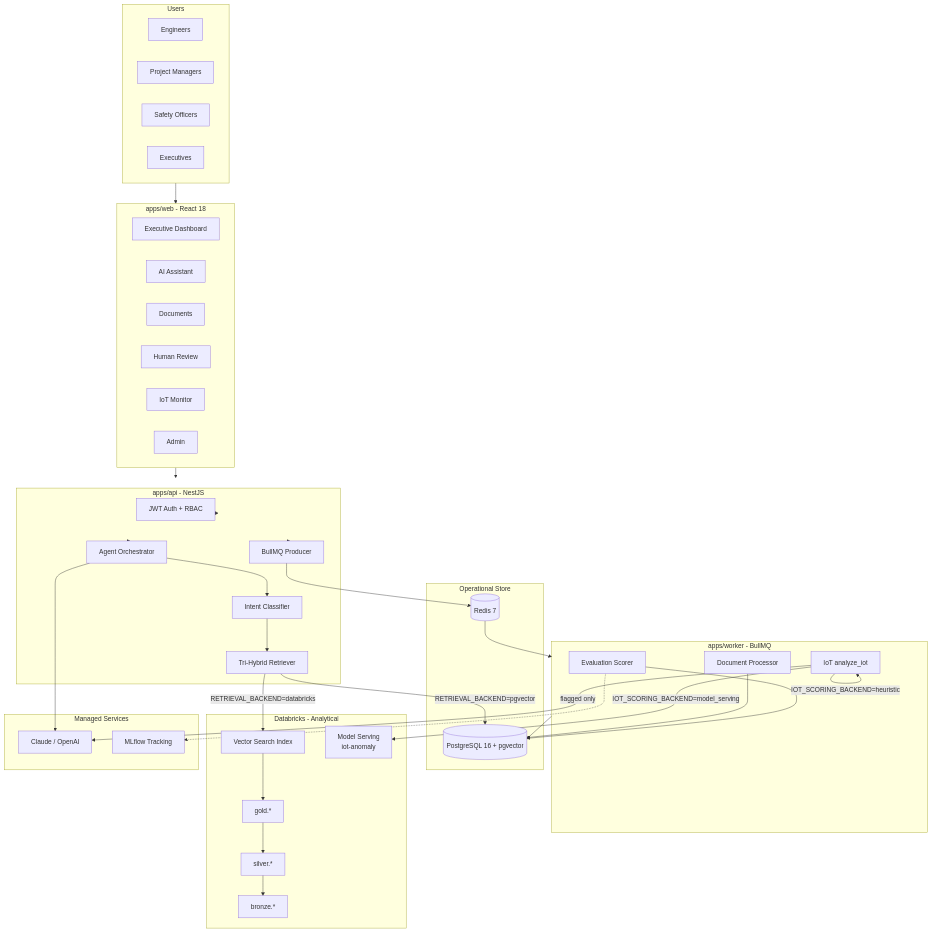
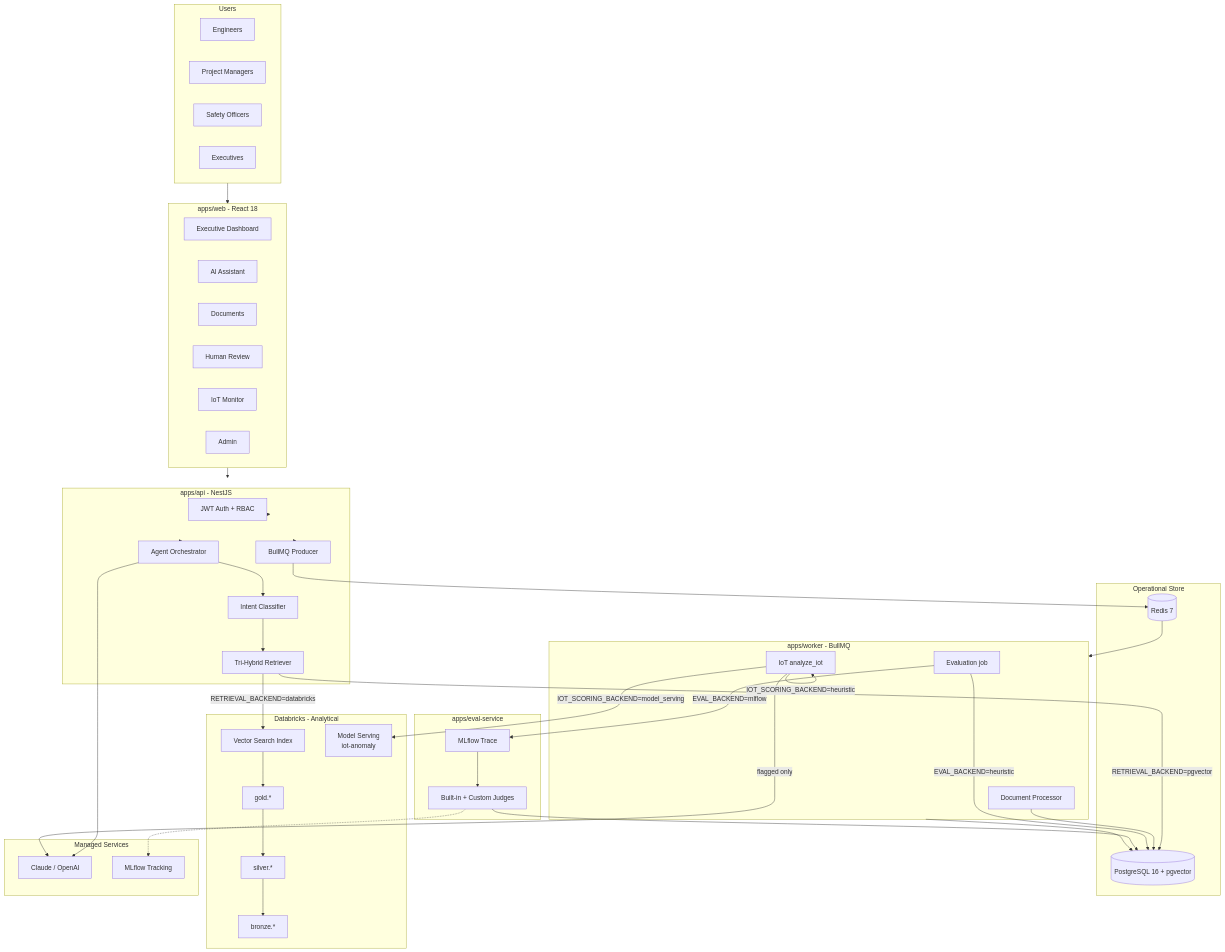
One commit to dtquocbao/InfraOps changed the first of 4 diagrams in docs/architecture.md. Above: the diagram before and after it, drawn with Mermaid. The commit also changed 47 other files, not shown here.

Commit message:
feat: integrate MLflow evaluation with new eval-service sidecar and update scoring logic

````diff
--- a/docs/architecture.md
+++ b/docs/architecture.md
@@ -9,71 +9,79 @@
 ```mermaid
 flowchart TB
     subgraph Users
         ENG[Engineers]
         PM[Project Managers]
         SAF[Safety Officers]
         EXEC[Executives]
     end
 
     subgraph Frontend["apps/web - React 18"]
         DASH[Executive Dashboard]
         ASST[AI Assistant]
         DOCS[Documents]
         REV[Human Review]
         IOT[IoT Monitor]
         ADM[Admin]
     end
 
     subgraph API["apps/api - NestJS"]
         AUTH[JWT Auth + RBAC]
         AGENT[Agent Orchestrator]
         INTENT[Intent Classifier]
         RET[Tri-Hybrid Retriever]
         QUEUE_PROD[BullMQ Producer]
     end
 
     subgraph Worker["apps/worker - BullMQ"]
         DOC_W[Document Processor]
         IOT_W[IoT analyze_iot]
-        EVAL_W[Evaluation Scorer]
+        EVAL_W[Evaluation job]
+    end
+
+    subgraph EvalSidecar["apps/eval-service"]
+        TRACE[MLflow Trace]
+        JUDGE[Built-in + Custom Judges]
     end
 
     subgraph DataLocal["Operational Store"]
         PG[(PostgreSQL 16 + pgvector)]
         REDIS[(Redis 7)]
     end
 
     subgraph DataLake["Databricks - Analytical"]
         BRONZE[bronze.*]
         SILVER[silver.*]
         GOLD[gold.*]
         VS[Vector Search Index]
         MS[Model Serving<br/>iot-anomaly]
     end
 
     subgraph External["Managed Services"]
         LLM[Claude / OpenAI]
         MLF[MLflow Tracking]
     end
 
     Users --> Frontend
     Frontend --> API
     API --> AUTH
     API --> AGENT
     AGENT --> INTENT
     INTENT --> RET
     RET -->|RETRIEVAL_BACKEND=pgvector| PG
     RET -->|RETRIEVAL_BACKEND=databricks| VS
     VS --> GOLD
     GOLD --> SILVER --> BRONZE
     API --> QUEUE_PROD --> REDIS
     REDIS --> Worker
     Worker --> PG
     AGENT --> LLM
     DOC_W --> PG
-    EVAL_W --> PG
-    EVAL_W -.-> MLF
+    EVAL_W -->|EVAL_BACKEND=heuristic| PG
+    EVAL_W -->|EVAL_BACKEND=mlflow| TRACE
+    TRACE --> JUDGE
+    JUDGE --> PG
+    JUDGE -.-> MLF
     IOT_W -->|IOT_SCORING_BACKEND=heuristic| IOT_W
     IOT_W -->|IOT_SCORING_BACKEND=model_serving| MS
     IOT_W -->|flagged only| LLM
 ```
````
